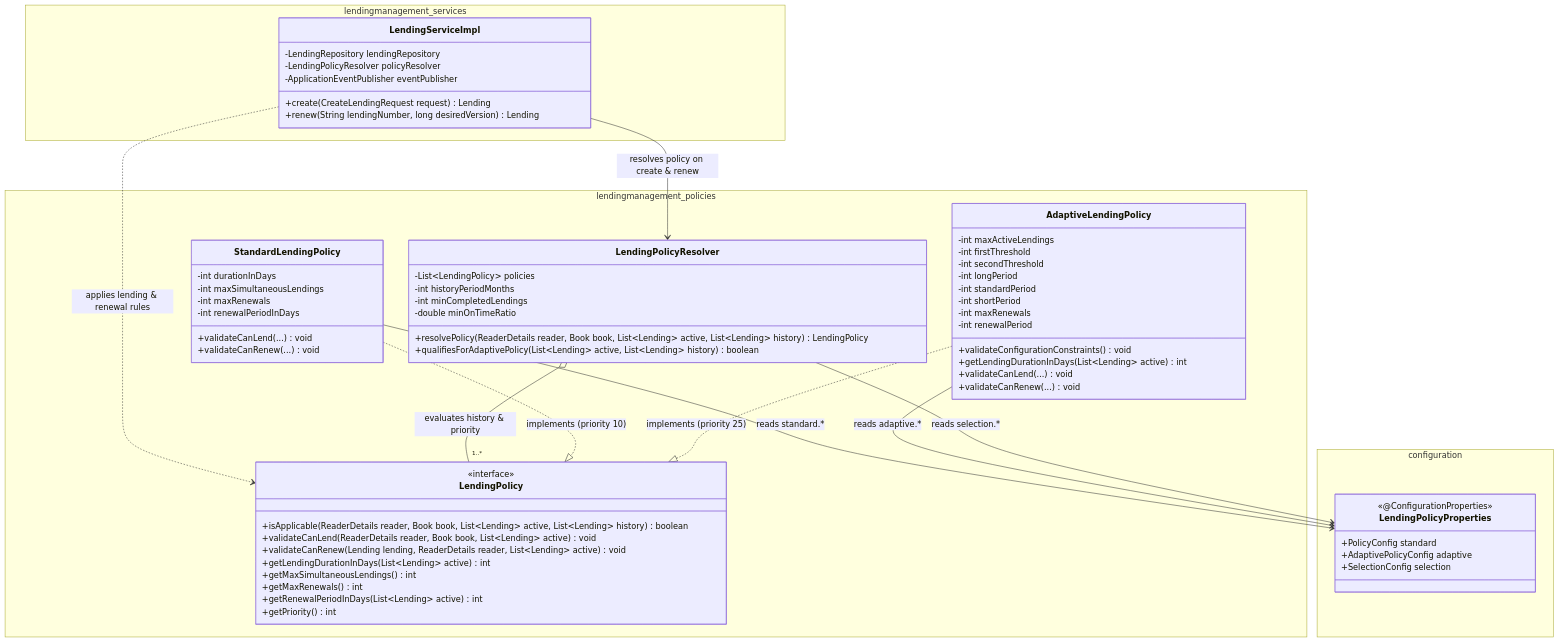
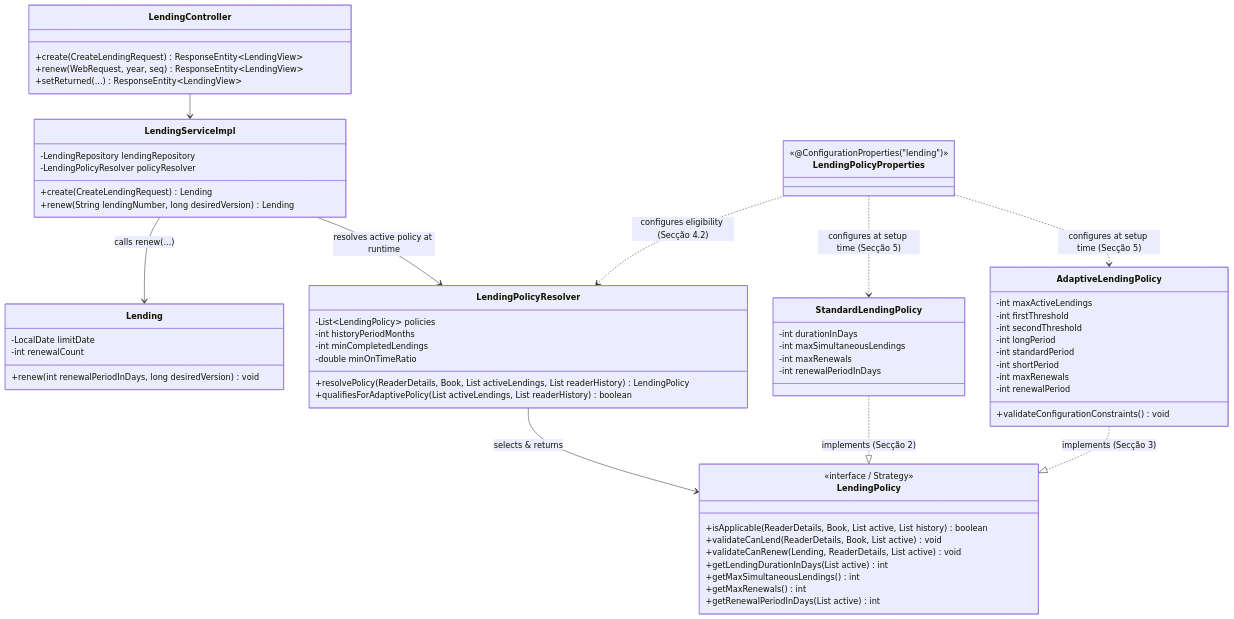
The third of 3 diagrams in Docs/ARQSOFT/system-to-be/add-process.md (RafaelBrandao04/psoft-project-2026-1), drawn with Mermaid before and after one commit. The commit also changed other lines of this file and 8 other files, not shown here.

Commit message:
docs(arqsoft): sync architecture and testing docs with codebase and remove theoretical bloat

````diff
--- a/Docs/ARQSOFT/system-to-be/add-process.md
+++ b/Docs/ARQSOFT/system-to-be/add-process.md
@@ -460,76 +281,68 @@
 ```mermaid
 classDiagram
     direction TB
-
-    namespace lendingmanagement_services {
-        class LendingServiceImpl {
-            -LendingRepository lendingRepository
-            -LendingPolicyResolver policyResolver
-            -ApplicationEventPublisher eventPublisher
-            +create(CreateLendingRequest request) Lending
-            +renew(String lendingNumber, long desiredVersion) Lending
-        }
+    class LendingController {
+        +create(CreateLendingRequest) ResponseEntity~LendingView~
+        +renew(WebRequest, year, seq) ResponseEntity~LendingView~
+        +setReturned(...) ResponseEntity~LendingView~
+    }
+    class LendingServiceImpl {
+        -LendingRepository lendingRepository
+        -LendingPolicyResolver policyResolver
+        +create(CreateLendingRequest) Lending
+        +renew(String lendingNumber, long desiredVersion) Lending
+    }
+    class Lending {
+        -LocalDate limitDate
+        -int renewalCount
+        +renew(int renewalPeriodInDays, long desiredVersion) void
+    }
+    class LendingPolicyResolver {
+        -List~LendingPolicy~ policies
+        -int historyPeriodMonths
+        -int minCompletedLendings
+        -double minOnTimeRatio
+        +resolvePolicy(ReaderDetails, Book, List activeLendings, List readerHistory) LendingPolicy
+        +qualifiesForAdaptivePolicy(List activeLendings, List readerHistory) boolean
+    }
+    class LendingPolicy {
+        <<interface / Strategy>>
+        +isApplicable(ReaderDetails, Book, List active, List history) boolean
+        +validateCanLend(ReaderDetails, Book, List active) void
+        +validateCanRenew(Lending, ReaderDetails, List active) void
+        +getLendingDurationInDays(List active) int
+        +getMaxSimultaneousLendings() int
+        +getMaxRenewals() int
+        +getRenewalPeriodInDays(List active) int
+    }
+    class StandardLendingPolicy {
+        -int durationInDays
+        -int maxSimultaneousLendings
+        -int maxRenewals
+        -int renewalPeriodInDays
+    }
+    class AdaptiveLendingPolicy {
+        -int maxActiveLendings
+        -int firstThreshold
+        -int secondThreshold
+        -int longPeriod
+        -int standardPeriod
+        -int shortPeriod
+        -int maxRenewals
+        -int renewalPeriod
+        +validateConfigurationConstraints() void
+    }
+    class LendingPolicyProperties {
+        <<@ConfigurationProperties("lending")>>
     }
 
-    namespace lendingmanagement_policies {
-        class LendingPolicyResolver {
-            -List~LendingPolicy~ policies
-            -int historyPeriodMonths
-            -int minCompletedLendings
-            -double minOnTimeRatio
-            +resolvePolicy(ReaderDetails reader, Book book, List~Lending~ active, List~Lending~ history) LendingPolicy
-            +qualifiesForAdaptivePolicy(List~Lending~ active, List~Lending~ history) boolean
-        }
-        class LendingPolicy {
-            <<interface>>
-            +isApplicable(ReaderDetails reader, Book book, List~Lending~ active, List~Lending~ history) boolean
-            +validateCanLend(ReaderDetails reader, Book book, List~Lending~ active) void
-            +validateCanRenew(Lending lending, ReaderDetails reader, List~Lending~ active) void
-            +getLendingDurationInDays(List~Lending~ active) int
-            +getMaxSimultaneousLendings() int
-            +getMaxRenewals() int
-            +getRenewalPeriodInDays(List~Lending~ active) int
-            +getPriority() int
-        }
-        class StandardLendingPolicy {
-            -int durationInDays
-            -int maxSimultaneousLendings
-            -int maxRenewals
-            -int renewalPeriodInDays
-            +validateCanLend(...) void
-            +validateCanRenew(...) void
-        }
-        class AdaptiveLendingPolicy {
-            -int maxActiveLendings
-            -int firstThreshold
-            -int secondThreshold
-            -int longPeriod
-            -int standardPeriod
-            -int shortPeriod
-            -int maxRenewals
-            -int renewalPeriod
-            +validateConfigurationConstraints() void
-            +getLendingDurationInDays(List~Lending~ active) int
-            +validateCanLend(...) void
-            +validateCanRenew(...) void
-        }
-    }
-
-    namespace configuration {
-        class LendingPolicyProperties {
-            <<@ConfigurationProperties>>
-            +PolicyConfig standard
-            +AdaptivePolicyConfig adaptive
-            +SelectionConfig selection
-        }
-    }
-
-    LendingServiceImpl --> LendingPolicyResolver : resolves policy on create & renew
-    LendingServiceImpl ..> LendingPolicy : applies lending & renewal rules
-    LendingPolicyResolver o-- "1..*" LendingPolicy : evaluates history & priority
-    StandardLendingPolicy ..|> LendingPolicy : implements (priority 10)
-    AdaptiveLendingPolicy ..|> LendingPolicy : implements (priority 25)
-    StandardLendingPolicy --> LendingPolicyProperties : reads standard.*
-    AdaptiveLendingPolicy --> LendingPolicyProperties : reads adaptive.*
-    LendingPolicyResolver --> LendingPolicyProperties : reads selection.*
+    LendingController --> LendingServiceImpl
+    LendingServiceImpl --> LendingPolicyResolver : resolves active policy at runtime
+    LendingServiceImpl --> Lending : calls renew(...)
+    LendingPolicyResolver --> LendingPolicy : selects & returns
+    StandardLendingPolicy ..|> LendingPolicy : implements (Secção 2)
+    AdaptiveLendingPolicy ..|> LendingPolicy : implements (Secção 3)
+    LendingPolicyProperties ..> StandardLendingPolicy : configures at setup time (Secção 5)
+    LendingPolicyProperties ..> AdaptiveLendingPolicy : configures at setup time (Secção 5)
+    LendingPolicyProperties ..> LendingPolicyResolver : configures eligibility (Secção 4.2)
 ```
````
